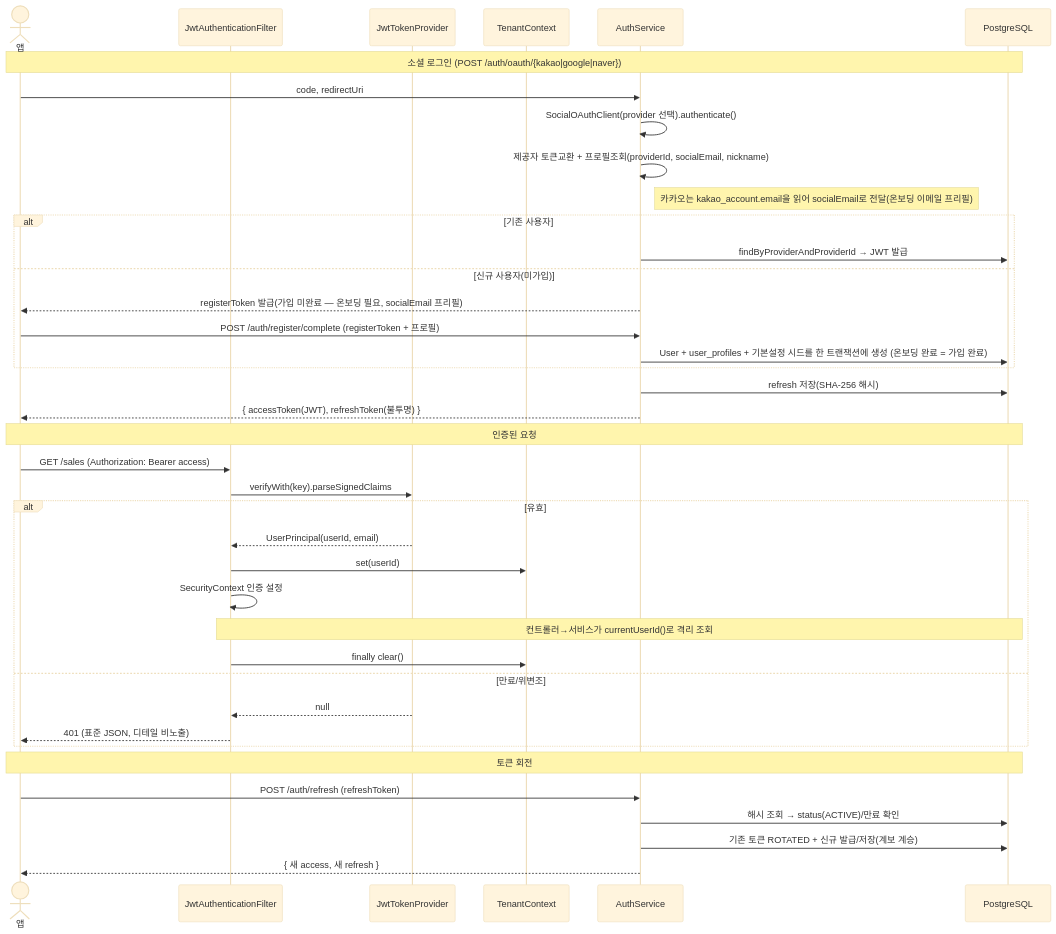
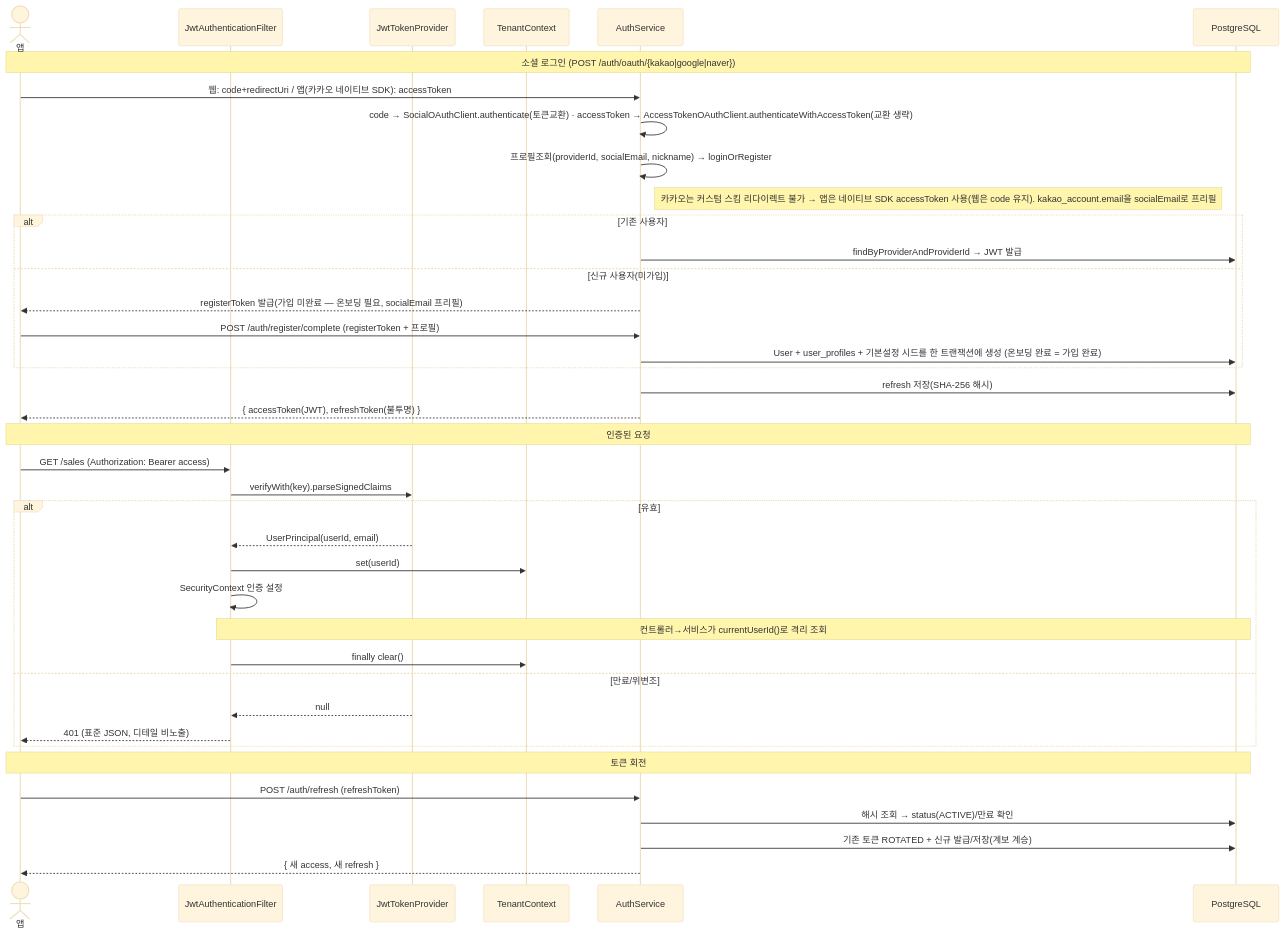
Before and after one commit to flori-ai-kr/api: the fourth of 10 diagrams in docs/ARCHITECTURE.md, drawn with Mermaid (base theme). The commit also changed 7 other files, not shown here.

First line of the commit message:
feat(auth): 카카오 OAuth accessToken 경로 추가 (앱 네이티브 SDK 지원) (#14)

````diff
--- a/docs/ARCHITECTURE.md
+++ b/docs/ARCHITECTURE.md
@@ -274,44 +274,44 @@
 ```mermaid
 sequenceDiagram
     actor U as 앱
     participant F as JwtAuthenticationFilter
     participant TP as JwtTokenProvider
     participant TC as TenantContext
     participant AS as AuthService
     participant DB as PostgreSQL
 
     Note over U,DB: 소셜 로그인 (POST /auth/oauth/{kakao|google|naver})
-    U->>AS: code, redirectUri
-    AS->>AS: SocialOAuthClient(provider 선택).authenticate()
-    AS->>AS: 제공자 토큰교환 + 프로필조회(providerId, socialEmail, nickname)
-    Note right of AS: 카카오는 kakao_account.email을 읽어 socialEmail로 전달(온보딩 이메일 프리필)
+    U->>AS: 웹: code+redirectUri / 앱(카카오 네이티브 SDK): accessToken
+    AS->>AS: code → SocialOAuthClient.authenticate(토큰교환) · accessToken → AccessTokenOAuthClient.authenticateWithAccessToken(교환 생략)
+    AS->>AS: 프로필조회(providerId, socialEmail, nickname) → loginOrRegister
+    Note right of AS: 카카오는 커스텀 스킴 리다이렉트 불가 → 앱은 네이티브 SDK accessToken 사용(웹은 code 유지). kakao_account.email을 socialEmail로 프리필
     alt 기존 사용자
         AS->>DB: findByProviderAndProviderId → JWT 발급
     else 신규 사용자(미가입)
         AS-->>U: registerToken 발급(가입 미완료 — 온보딩 필요, socialEmail 프리필)
         U->>AS: POST /auth/register/complete (registerToken + 프로필)
         AS->>DB: User + user_profiles + 기본설정 시드를 한 트랜잭션에 생성 (온보딩 완료 = 가입 완료)
     end
     AS->>DB: refresh 저장(SHA-256 해시)
     AS-->>U: { accessToken(JWT), refreshToken(불투명) }
 
     Note over U,DB: 인증된 요청
     U->>F: GET /sales (Authorization: Bearer access)
     F->>TP: verifyWith(key).parseSignedClaims
     alt 유효
         TP-->>F: UserPrincipal(userId, email)
         F->>TC: set(userId)
         F->>F: SecurityContext 인증 설정
         Note over F,DB: 컨트롤러→서비스가 currentUserId()로 격리 조회
         F->>TC: finally clear()
     else 만료/위변조
         TP-->>F: null
         F-->>U: 401 (표준 JSON, 디테일 비노출)
     end
 
     Note over U,DB: 토큰 회전
     U->>AS: POST /auth/refresh (refreshToken)
     AS->>DB: 해시 조회 → status(ACTIVE)/만료 확인
     AS->>DB: 기존 토큰 ROTATED + 신규 발급/저장(계보 계승)
     AS-->>U: { 새 access, 새 refresh }
 ```
````
